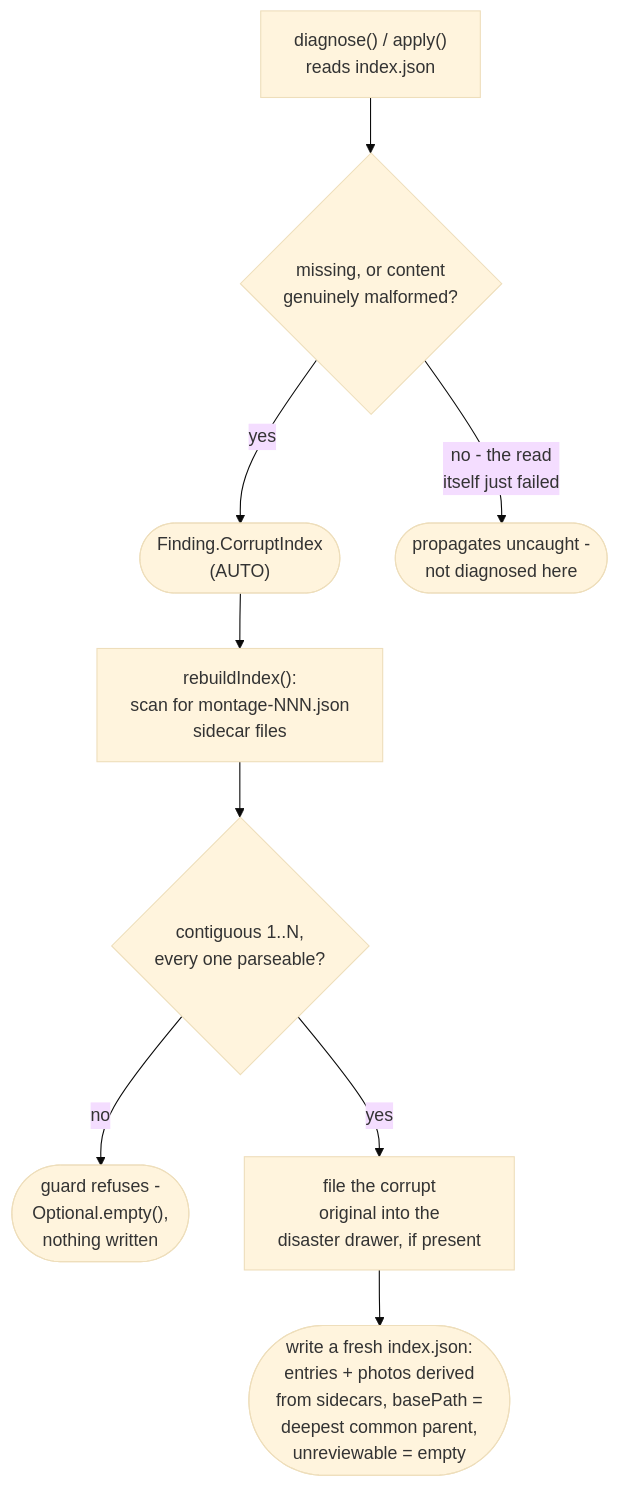
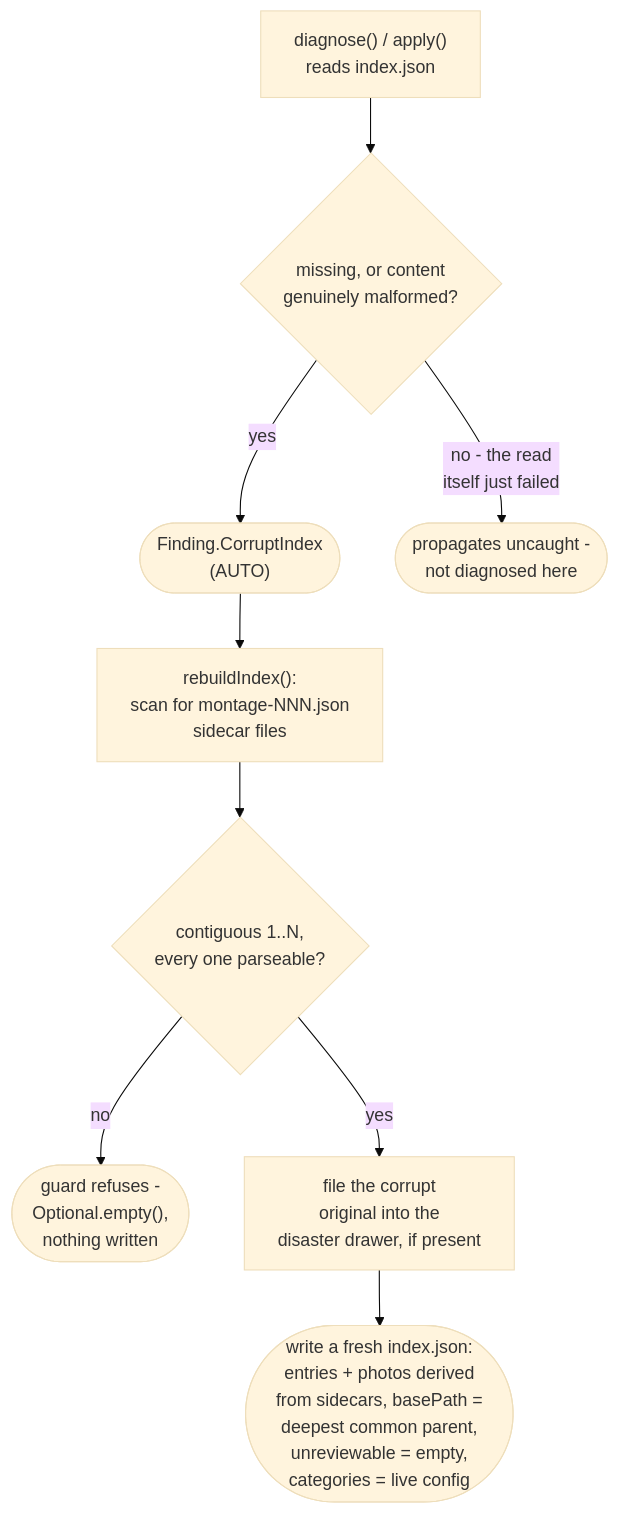
One commit to AdrianNachev91/sluice changed the second of 3 diagrams in app/docs/design/application/service/prep-dir-remedies.md. Above: the diagram before and after it, drawn with Mermaid (base theme). The commit also changed other lines of this file and 27 other files, not shown here.

````diff
--- a/app/docs/design/application/service/prep-dir-remedies.md
+++ b/app/docs/design/application/service/prep-dir-remedies.md
@@ -91,11 +91,11 @@
 ```mermaid
 flowchart TD
     A["diagnose() / apply()<br/>reads index.json"] --> Z{"missing, or content<br/>genuinely malformed?"}
     Z -- yes --> B(["Finding.CorruptIndex<br/>(AUTO)"])
     Z -- "no - the read<br/>itself just failed" --> P(["propagates uncaught -<br/>not diagnosed here"])
     B --> C["rebuildIndex():<br/>scan for montage-NNN.json<br/>sidecar files"]
     C --> D{"contiguous 1..N,<br/>every one parseable?"}
     D -- no --> E(["guard refuses -<br/>Optional.empty(),<br/>nothing written"])
     D -- yes --> F["file the corrupt<br/>original into the<br/>disaster drawer, if present"]
-    F --> G(["write a fresh index.json:<br/>entries + photos derived<br/>from sidecars, basePath =<br/>deepest common parent,<br/>unreviewable = empty"])
+    F --> G(["write a fresh index.json:<br/>entries + photos derived<br/>from sidecars, basePath =<br/>deepest common parent,<br/>unreviewable = empty,<br/>categories = live config"])
 ```
````
